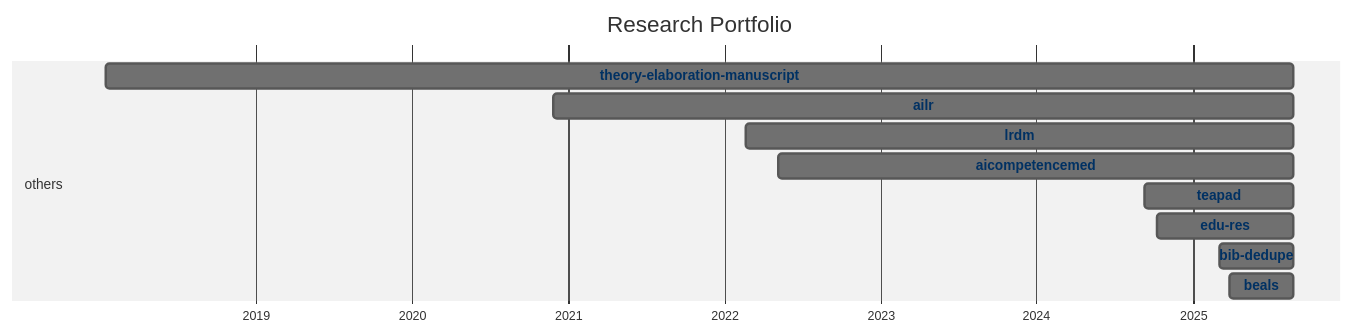
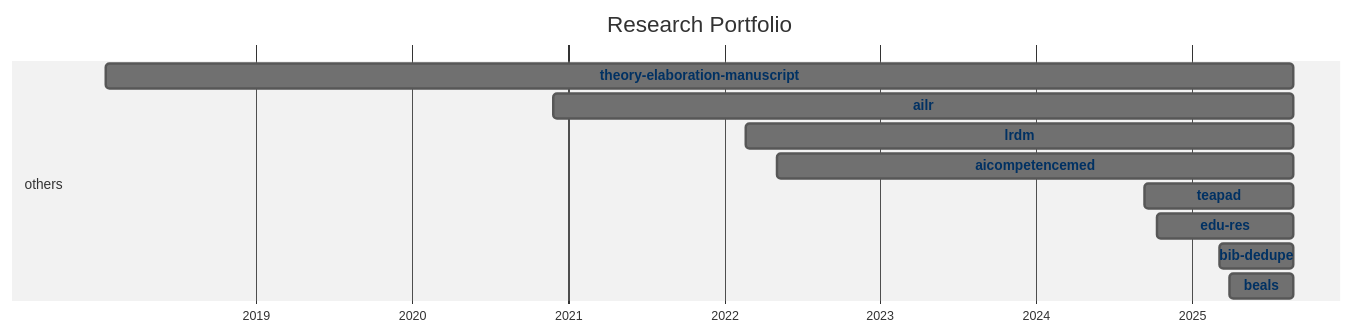
The diagram in docs/20-research/25-projects-gantt.md (digital-work-lab/handbook), drawn with Mermaid (neutral theme) before and after one commit. The commit also changed 1 other file, not shown here.

Commit message:
Update repository overview

````diff
--- a/docs/20-research/25-projects-gantt.md
+++ b/docs/20-research/25-projects-gantt.md
@@ -8,35 +8,35 @@
 ```mermaid
 ---
 displayMode: compact
 ---
 gantt
 title Research Portfolio
 dateFormat YYYY-MM-DD
 axisFormat %Y
 
     section work_practices
 
     section distributed_organizing
 
     section knowledge_synthesis
 
     section others
-        beals :beals, 2025-03-28, 2025-08-24
-        bib-dedupe :bib-dedupe, 2025-03-04, 2025-08-24
-        edu-res :edu-res, 2024-10-10, 2025-08-24
-        teapad :teapad, 2024-09-10, 2025-08-24
-        aicompetencemed :aicompetencemed, 2022-05-06, 2025-08-24
-        lrdm :lrdm, 2022-02-20, 2025-08-24
-        ailr :ailr, 2020-11-26, 2025-08-24
-        theory-elaboration-manuscript :theory-elaboration-manuscript, 2018-01-15, 2025-08-24
+        beals :beals, 2025-03-28, 2025-08-25
+        bib-dedupe :bib-dedupe, 2025-03-04, 2025-08-25
+        edu-res :edu-res, 2024-10-10, 2025-08-25
+        teapad :teapad, 2024-09-10, 2025-08-25
+        aicompetencemed :aicompetencemed, 2022-05-06, 2025-08-25
+        lrdm :lrdm, 2022-02-20, 2025-08-25
+        ailr :ailr, 2020-11-26, 2025-08-25
+        theory-elaboration-manuscript :theory-elaboration-manuscript, 2018-01-15, 2025-08-25
 
 
     click beals href "{{ site.baseurl }}/docs/10-lab/18-resources/beals.html"
     click bib-dedupe href "{{ site.baseurl }}/docs/10-lab/18-resources/bib-dedupe.html"
     click edu-res href "{{ site.baseurl }}/docs/10-lab/18-resources/edu-res.html"
     click teapad href "{{ site.baseurl }}/docs/10-lab/18-resources/teapad.html"
     click aicompetencemed href "{{ site.baseurl }}/docs/10-lab/18-resources/aicompetencemed.html"
     click lrdm href "{{ site.baseurl }}/docs/10-lab/18-resources/lrdm.html"
     click ailr href "{{ site.baseurl }}/docs/10-lab/18-resources/ailr.html"
     click theory-elaboration-manuscript href "{{ site.baseurl }}/docs/10-lab/18-resources/theory-elaboration-manuscript.html"
 ```
````
